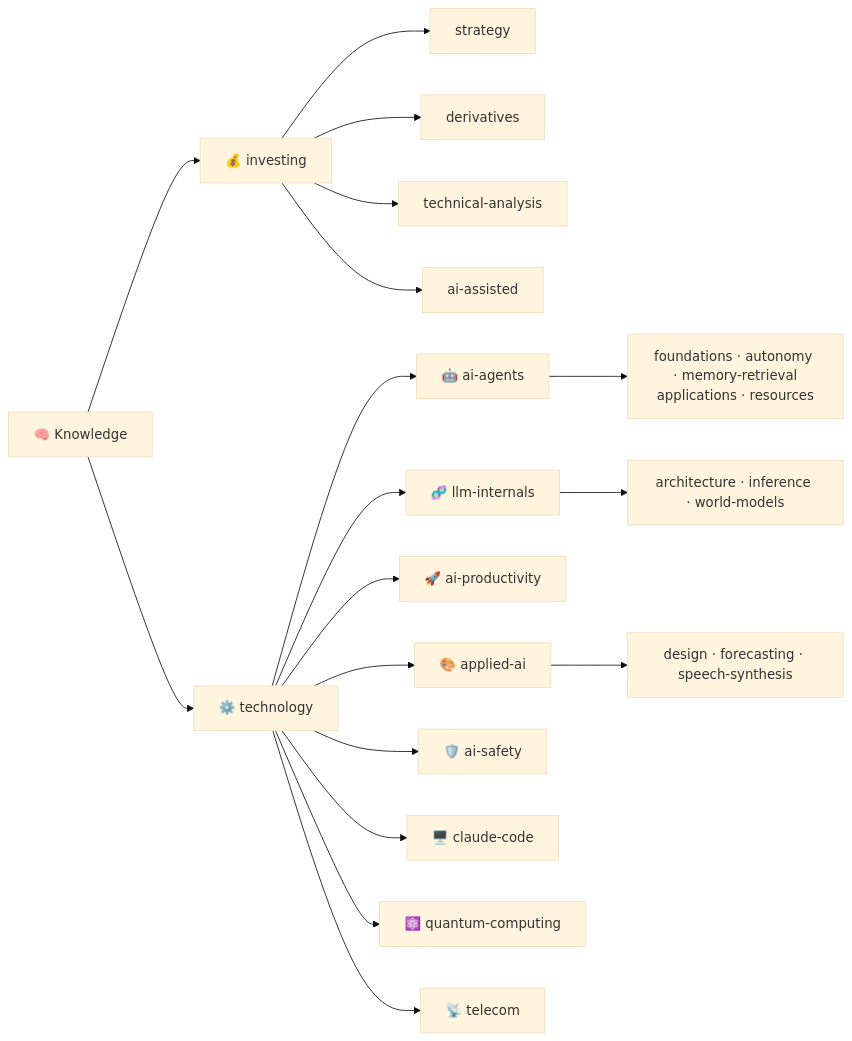
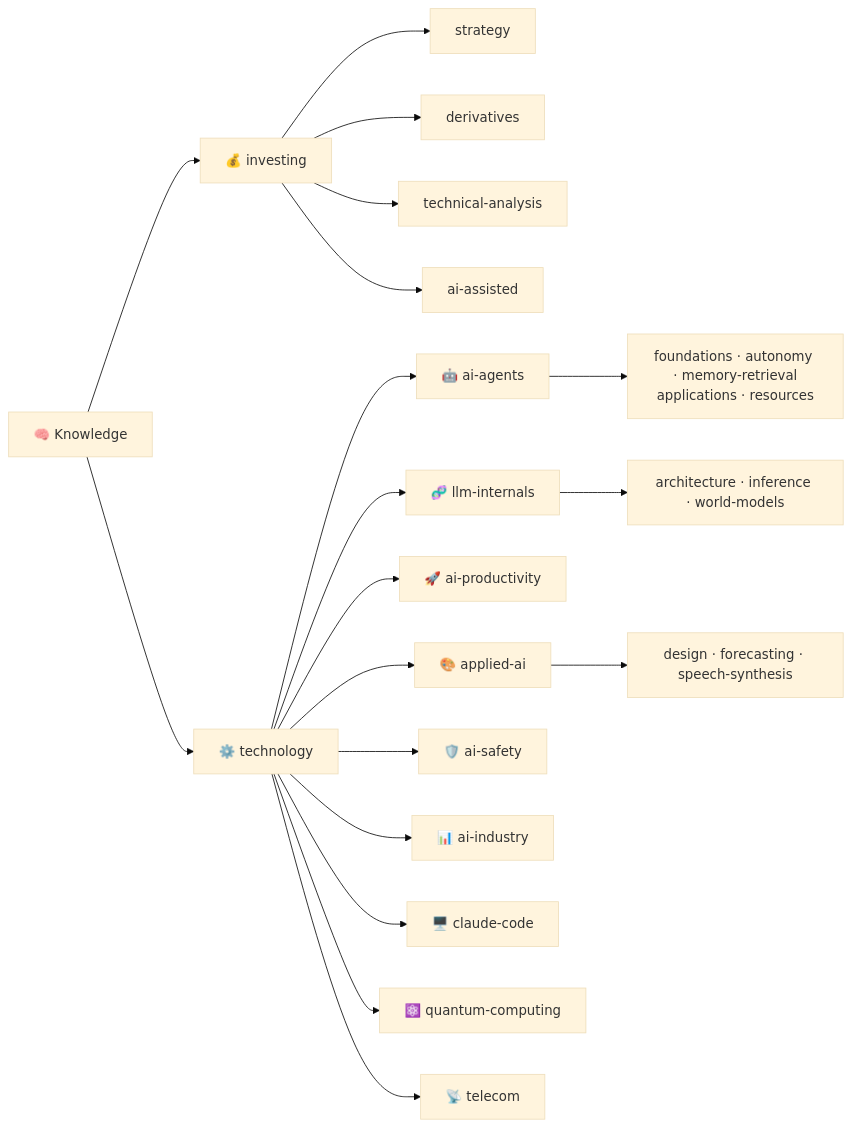
One commit to shooter2062424/Knowledge changed the diagram in README.md. Above: the diagram before and after it, drawn with Mermaid (base theme). The commit also changed other lines of this file and 1 other file, not shown here.

````diff
--- a/README.md
+++ b/README.md
@@ -25,20 +25,21 @@
 ```mermaid
 flowchart LR
     K["🧠 Knowledge"] --> I["💰 investing"]
     K --> T["⚙️ technology"]
     I --> I1["strategy"]
     I --> I2["derivatives"]
     I --> I3["technical-analysis"]
     I --> I4["ai-assisted"]
     T --> T1["🤖 ai-agents"]
     T --> T2["🧬 llm-internals"]
     T --> T3["🚀 ai-productivity"]
     T --> T4["🎨 applied-ai"]
     T --> T7["🛡️ ai-safety"]
+    T --> T9["📊 ai-industry"]
     T --> T8["🖥️ claude-code"]
     T --> T6["⚛️ quantum-computing"]
     T --> T5["📡 telecom"]
     T1 --> T1a["foundations · autonomy · memory-retrieval<br/>applications · resources"]
     T2 --> T2a["architecture · inference · world-models"]
     T4 --> T4a["design · forecasting · speech-synthesis"]
 ```
````
